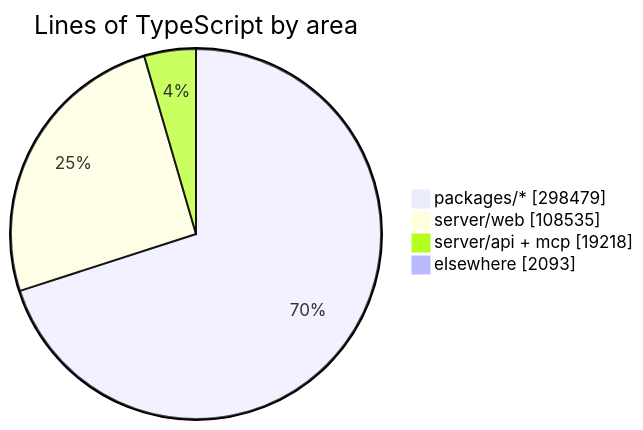
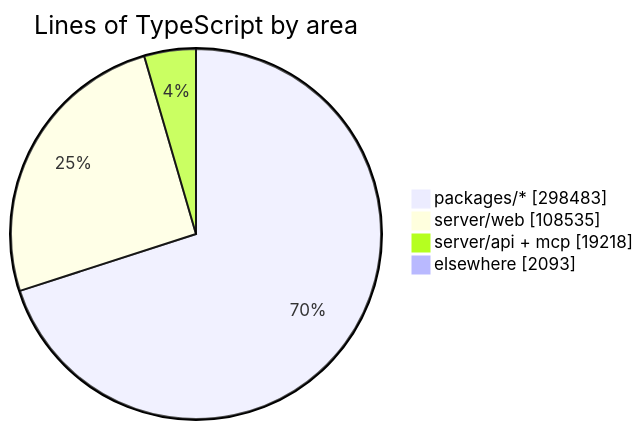
One commit to crossworks-engineering/mantle changed the diagram in README.md. Above: the diagram before and after it, drawn with Mermaid. The commit also changed other lines of this file and 2 other files, not shown here.

````diff
--- a/README.md
+++ b/README.md
@@ -294,7 +294,7 @@
 ```mermaid
 pie showData title Lines of TypeScript by area
-    "packages/*" : 298479
+    "packages/*" : 298483
     "server/web" : 108535
     "server/api + mcp" : 19218
     "elsewhere" : 2093
 ```
````
